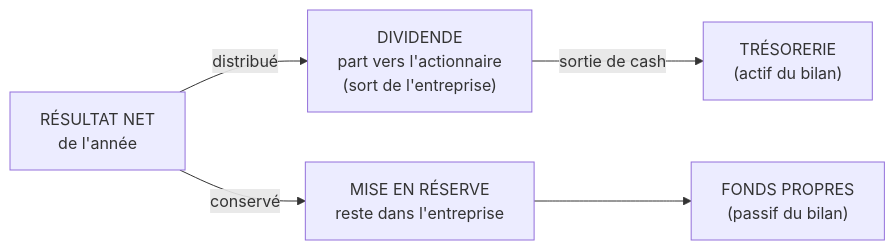
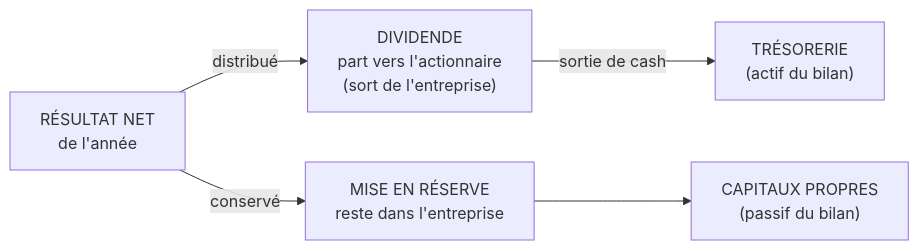
One commit to KSA-Syndic/cfdt-kuhn changed the second of 5 diagrams in content/actualites/2026/kuhn-resultats-doc.md. Above: the diagram before and after it, drawn with Mermaid. The commit also changed other lines of this file and 3 other files, not shown here.

````diff
--- a/content/actualites/2026/kuhn-resultats-doc.md
+++ b/content/actualites/2026/kuhn-resultats-doc.md
@@ -57,8 +57,8 @@
 ```mermaid
 flowchart LR
   RNET["RÉSULTAT NET<br>de l'année"]
   RNET -->|"distribué"| DIV["DIVIDENDE<br>part vers l'actionnaire<br>(sort de l'entreprise)"]
   RNET -->|"conservé"| RES["MISE EN RÉSERVE<br>reste dans l'entreprise"]
-  RES --> CP["FONDS PROPRES<br>(passif du bilan)"]
+  RES --> CP["CAPITAUX PROPRES<br>(passif du bilan)"]
   DIV -->|"sortie de cash"| TRESO["TRÉSORERIE<br>(actif du bilan)"]
 ```
````
